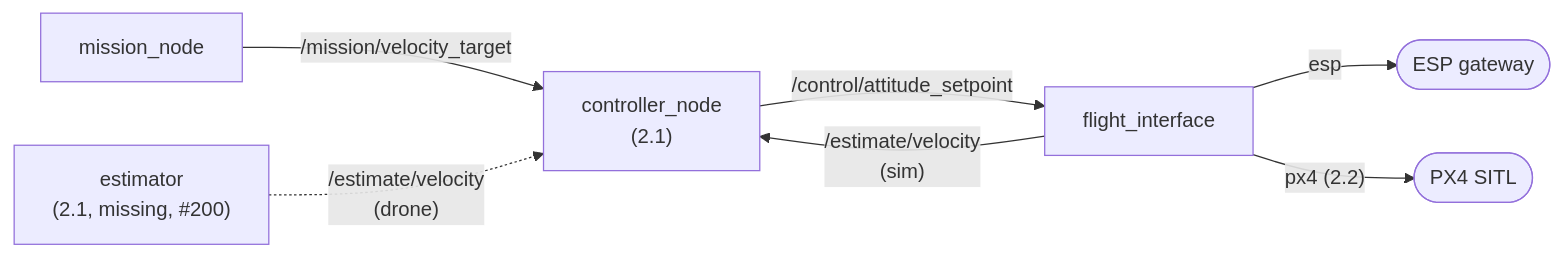
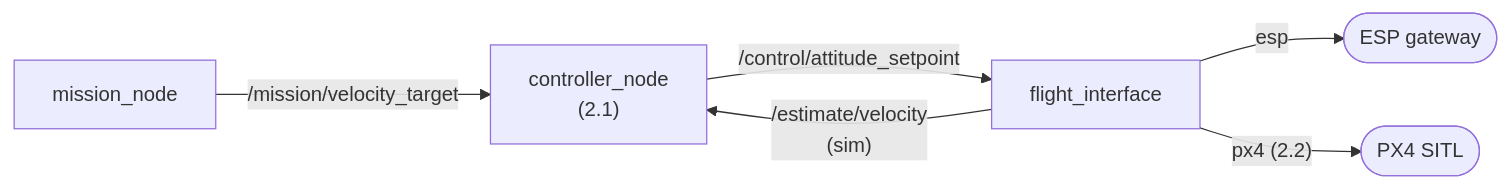
The diagram in docs/PraticalPlan/06 Gestures/06 Final Connections and Missing Parts.md (SEAME-pt/SEA-ME_Team1_ROSRangers), drawn with Mermaid before and after one commit. The commit also changed other lines of this file and 8 other files, not shown here.

````diff
--- a/docs/PraticalPlan/06 Gestures/06 Final Connections and Missing Parts.md
+++ b/docs/PraticalPlan/06 Gestures/06 Final Connections and Missing Parts.md
@@ -40,9 +40,8 @@
 ```mermaid
 flowchart LR
   M[mission_node] -->|"/mission/velocity_target"| C["controller_node<br/>(2.1)"]
-  E["estimator<br/>(2.1, missing, #200)"] -.->|"/estimate/velocity<br/>(drone)"| C
   C -->|"/control/attitude_setpoint"| FI[flight_interface]
   FI -->|esp| ESP([ESP gateway])
   FI -->|"px4 (2.2)"| PX4([PX4 SITL])
   FI -->|"/estimate/velocity<br/>(sim)"| C
 ```
````
